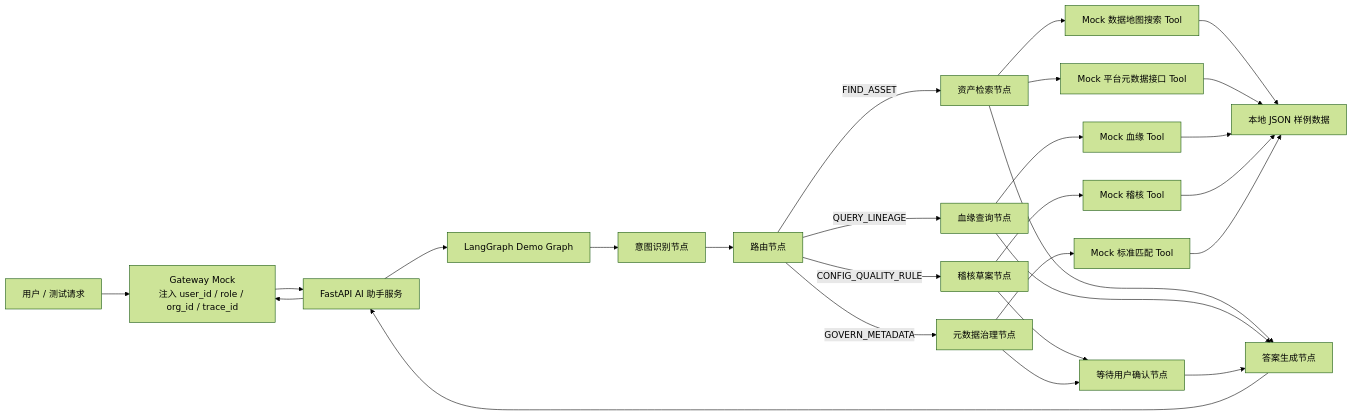
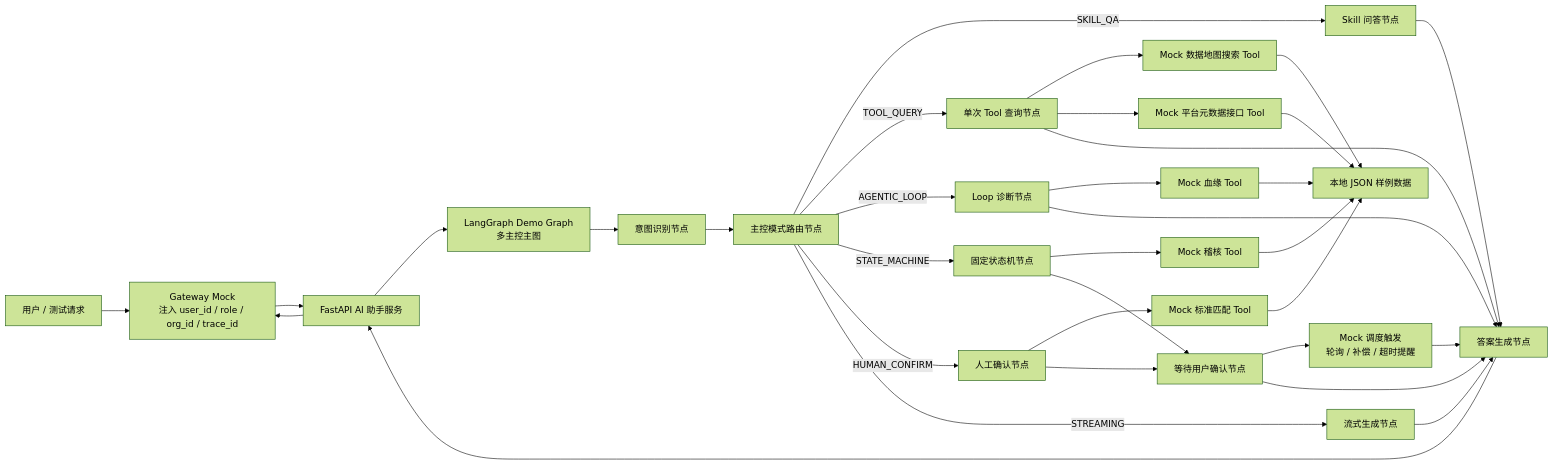
One commit to ShaneLiu001/dataasset changed the third of 8 diagrams in 数据资产助手/06-架构设计/01-数据资产助手技术架构设计.md. Above: the diagram before and after it, drawn with Mermaid (forest theme). The commit also changed other lines of this file and 11 other files, not shown here.

````diff
--- a/数据资产助手/06-架构设计/01-数据资产助手技术架构设计.md
+++ b/数据资产助手/06-架构设计/01-数据资产助手技术架构设计.md
@@ -163,34 +175,40 @@
 ```mermaid
 flowchart LR
   User[用户 / 测试请求] --> GatewayMock[Gateway Mock<br/>注入 user_id / role / org_id / trace_id]
   GatewayMock --> Api[FastAPI AI 助手服务]
 
-  Api --> Graph[LangGraph Demo Graph]
+  Api --> Graph[LangGraph Demo Graph<br/>多主控主图]
   Graph --> Intent[意图识别节点]
-  Intent --> Route[路由节点]
+  Intent --> Route[主控模式路由节点]
 
-  Route -->|FIND_ASSET| AssetNode[资产检索节点]
-  Route -->|QUERY_LINEAGE| LineageNode[血缘查询节点]
-  Route -->|CONFIG_QUALITY_RULE| QualityNode[稽核草案节点]
-  Route -->|GOVERN_METADATA| GovernanceNode[元数据治理节点]
+  Route -->|SKILL_QA| SkillNode[Skill 问答节点]
+  Route -->|TOOL_QUERY| AssetNode[单次 Tool 查询节点]
+  Route -->|AGENTIC_LOOP| LineageNode[Loop 诊断节点]
+  Route -->|STATE_MACHINE| QualityNode[固定状态机节点]
+  Route -->|HUMAN_CONFIRM| GovernanceNode[人工确认节点]
+  Route -->|STREAMING| StreamNode[流式生成节点]
 
   AssetNode --> ESTool[Mock 数据地图搜索 Tool]
   AssetNode --> MetadataTool[Mock 平台元数据接口 Tool]
   LineageNode --> MockLineage[Mock 血缘 Tool]
   QualityNode --> MockQuality[Mock 稽核 Tool]
   GovernanceNode --> MockStandard[Mock 标准匹配 Tool]
+  Confirm --> MockScheduler[Mock 调度触发<br/>轮询 / 补偿 / 超时提醒]
 
   ESTool --> MockData[本地 JSON 样例数据]
   MetadataTool --> MockData
   MockLineage --> MockData
   MockQuality --> MockData
   MockStandard --> MockData
 
   AssetNode --> Answer[答案生成节点]
+  SkillNode --> Answer
   LineageNode --> Answer
+  StreamNode --> Answer
   QualityNode --> Confirm[等待用户确认节点]
   GovernanceNode --> Confirm
   Confirm --> Answer
+  MockScheduler --> Answer
   Answer --> Api
   Api --> GatewayMock
 ```
````
